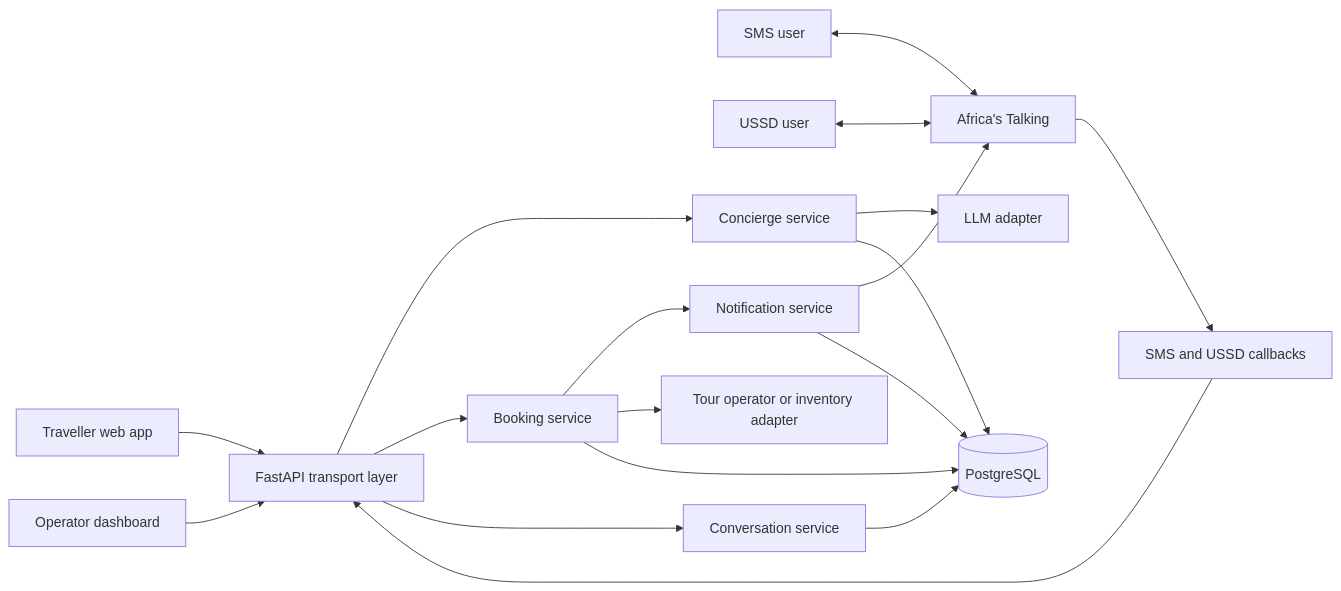
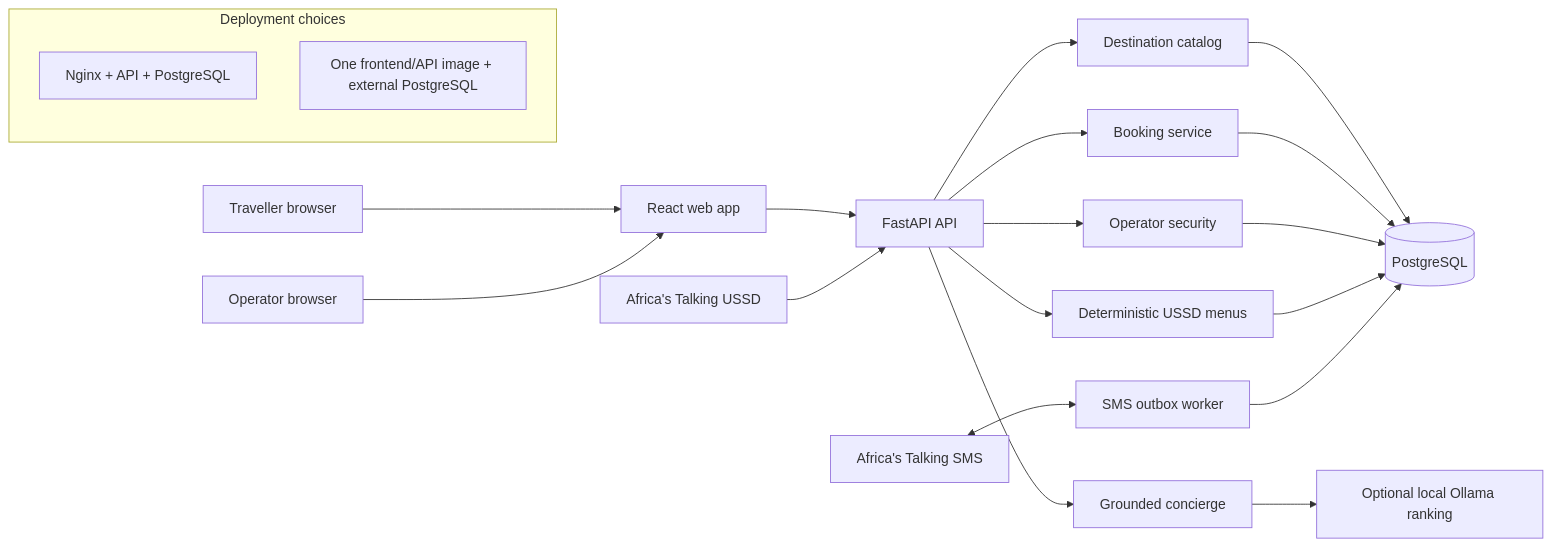
One commit to gloria-mbilinyi/safarismart-ai-concierge changed the first of 3 diagrams in docs/architecture.md. Above: the diagram before and after it, drawn with Mermaid. The commit also changed other lines of this file and 8 other files, not shown here.

````diff
--- a/docs/architecture.md
+++ b/docs/architecture.md
@@ -22,23 +11,25 @@
 ```mermaid
 flowchart LR
-    Web[Traveller web app] --> API[FastAPI transport layer]
-    Dashboard[Operator dashboard] --> API
-    SMS[SMS user] <--> AT[Africa's Talking]
-    USSD[USSD user] <--> AT
-    AT --> Webhooks[SMS and USSD callbacks]
-    Webhooks --> API
+    Traveller[Traveller browser] --> Web[React web app]
+    Operator[Operator browser] --> Web
+    Web --> API[FastAPI API]
+    ATSMS[Africa's Talking SMS] <--> Worker[SMS outbox worker]
+    ATUSSD[Africa's Talking USSD] --> API
 
-    API --> Concierge[Concierge service]
+    API --> Catalog[Destination catalog]
+    API --> Concierge[Grounded concierge]
     API --> Booking[Booking service]
-    API --> Conversation[Conversation service]
-    Booking --> Notification[Notification service]
+    API --> Auth[Operator security]
+    API --> USSD[Deterministic USSD menus]
+    Concierge --> OptionalLLM[Optional local Ollama ranking]
+    Catalog --> DB[(PostgreSQL)]
+    Booking --> DB
+    Auth --> DB
+    USSD --> DB
+    Worker --> DB
 
-    Concierge --> LLM[LLM adapter]
-    Booking --> Provider[Tour operator or inventory adapter]
-    Notification --> AT
-
-    Concierge --> DB[(PostgreSQL)]
-    Booking --> DB
-    Conversation --> DB
-    Notification --> DB
+    subgraph Deployment choices
+        Compose[Nginx + API + PostgreSQL]
+        Marketplace[One frontend/API image + external PostgreSQL]
+    end
 ```
````
